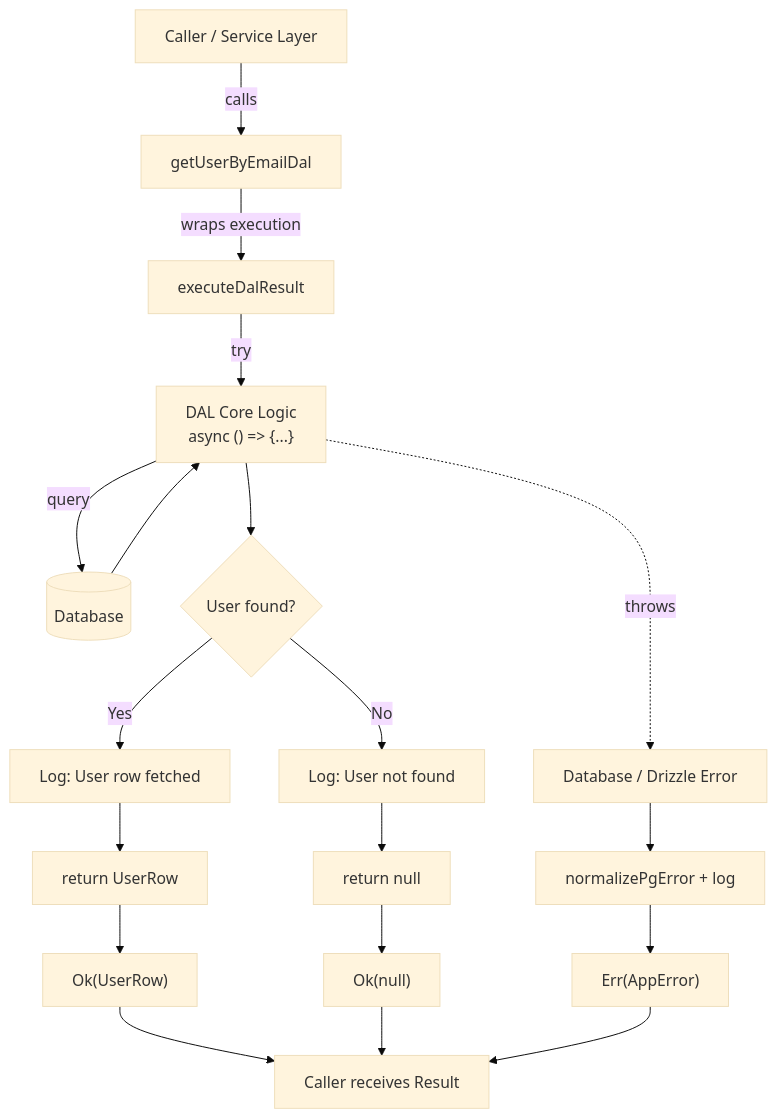
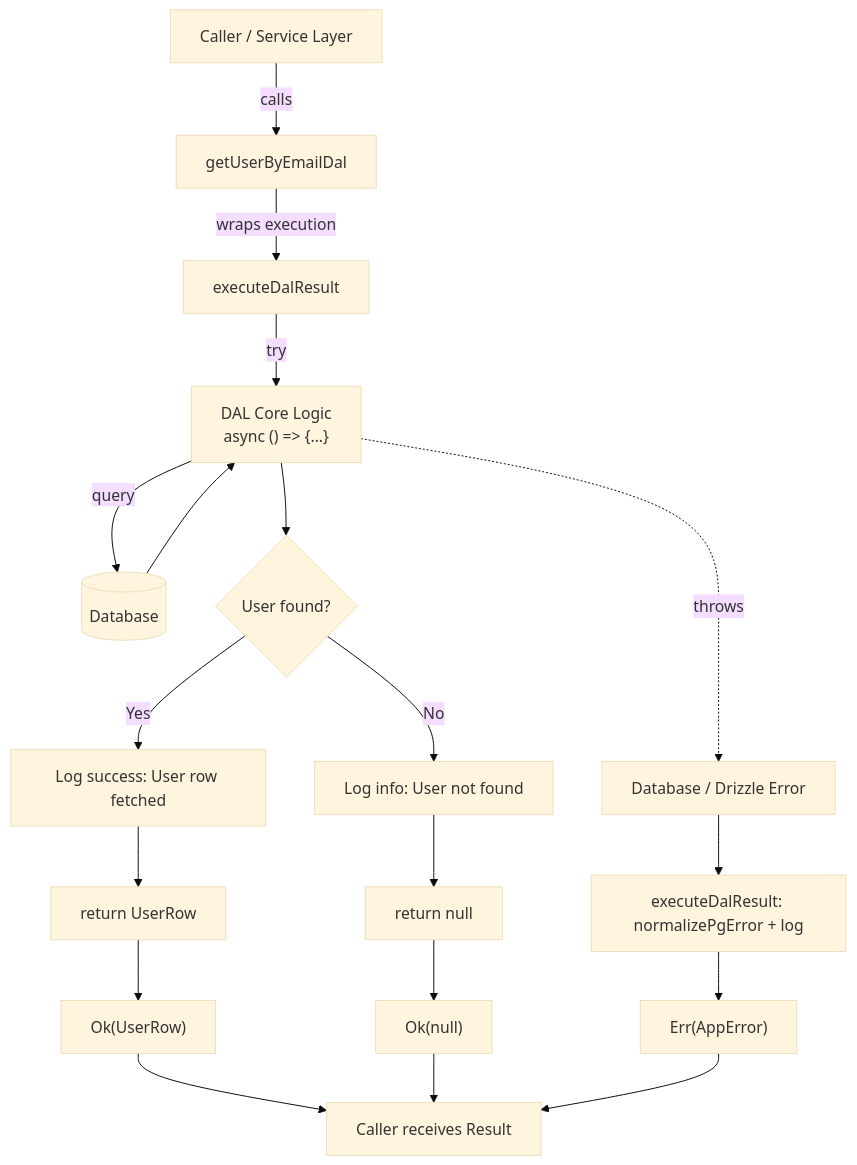
One commit to andrewpetersondev/nextjs-dashboard changed the first of 12 diagrams in src/modules/auth/server/infrastructure/db/dal/README.md. Above: the diagram before and after it, drawn with Mermaid (base theme). The commit also changed other lines of this file, not shown here.

Commit message:
docs: update flowcharts and sequence diagrams for DAL and LoginUseCase

````diff
--- a/src/modules/auth/server/infrastructure/db/dal/README.md
+++ b/src/modules/auth/server/infrastructure/db/dal/README.md
@@ -5,40 +5,40 @@
 ```mermaid
 flowchart TD
     %% Caller Layer
     A[Caller / Service Layer] -->|calls| B[getUserByEmailDal]
 
     %% DAL Function
     B -->|wraps execution| C[executeDalResult]
 
-    %% Execution Wrapper
+    %% DAL Core Logic
     C -->|try| D["DAL Core Logic<br/>async () => {...}"]
 
     %% Database Interaction
     D -->|query| E[(Database)]
     E --> D
 
     %% Decision: user found?
     D --> F{User found?}
 
     %% Success path
-    F -->|Yes| G[Log: User row fetched]
+    F -->|Yes| G["Log success: User row fetched"]
     G --> H[return UserRow]
 
     %% Not found path
-    F -->|No| I[Log: User not found]
+    F -->|No| I["Log info: User not found"]
     I --> J[return null]
 
     %% Successful result
     H --> K["Ok(UserRow)"]
     J --> L["Ok(null)"]
 
     %% Error path
     D -. throws .-> M[Database / Drizzle Error]
-    M --> N[normalizePgError + log]
+    M --> N["executeDalResult: normalizePgError + log"]
     N --> O["Err(AppError)"]
 
     %% Return to caller
     K --> P[Caller receives Result]
     L --> P
     O --> P
 ```
````
